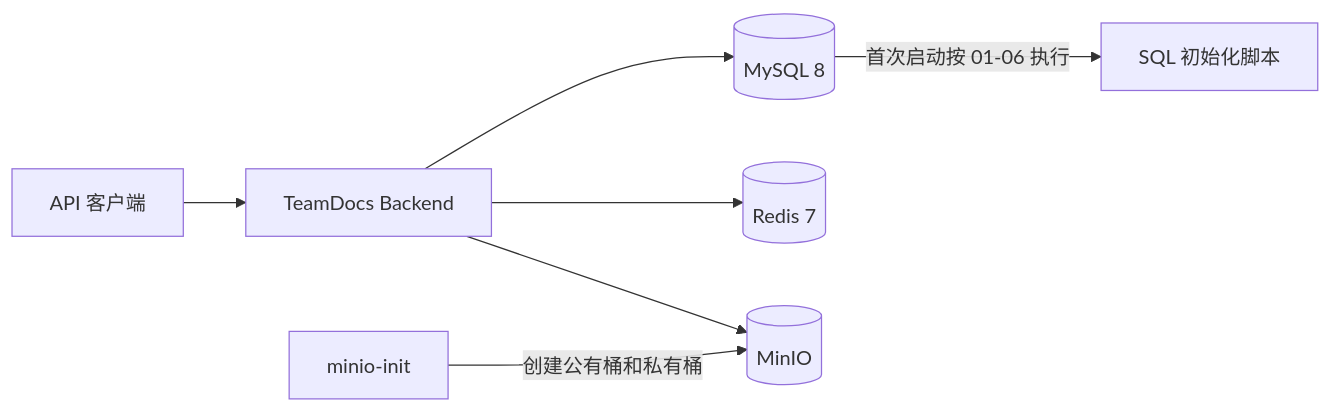
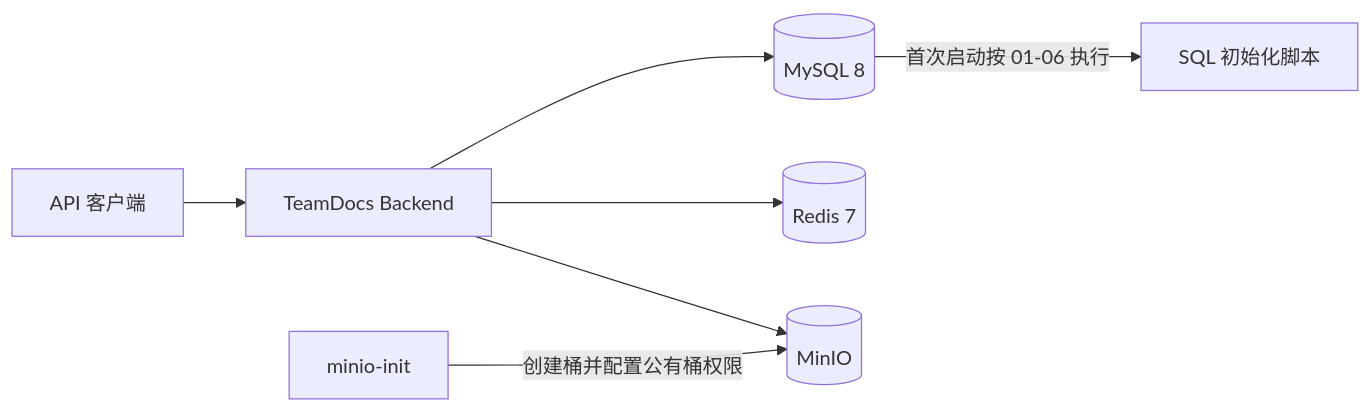
One commit to Git-creat7/teamdocs changed the first of 2 diagrams in README.md. Above: the diagram before and after it, drawn with Mermaid. The commit also changed other lines of this file and 2 other files, not shown here.

Commit message:
feat(infra): configure MinIO preview CORS

````diff
--- a/README.md
+++ b/README.md
@@ -29,9 +29,9 @@
 ```mermaid
 flowchart LR
     Client[API 客户端] --> Backend[TeamDocs Backend]
     Backend --> MySQL[(MySQL 8)]
     Backend --> Redis[(Redis 7)]
     Backend --> MinIO[(MinIO)]
-    Init[minio-init] -->|创建公有桶和私有桶| MinIO
+    Init[minio-init] -->|创建桶并配置公有桶权限| MinIO
     MySQL -->|首次启动按 01-06 执行| SQL[SQL 初始化脚本]
 ```
````
